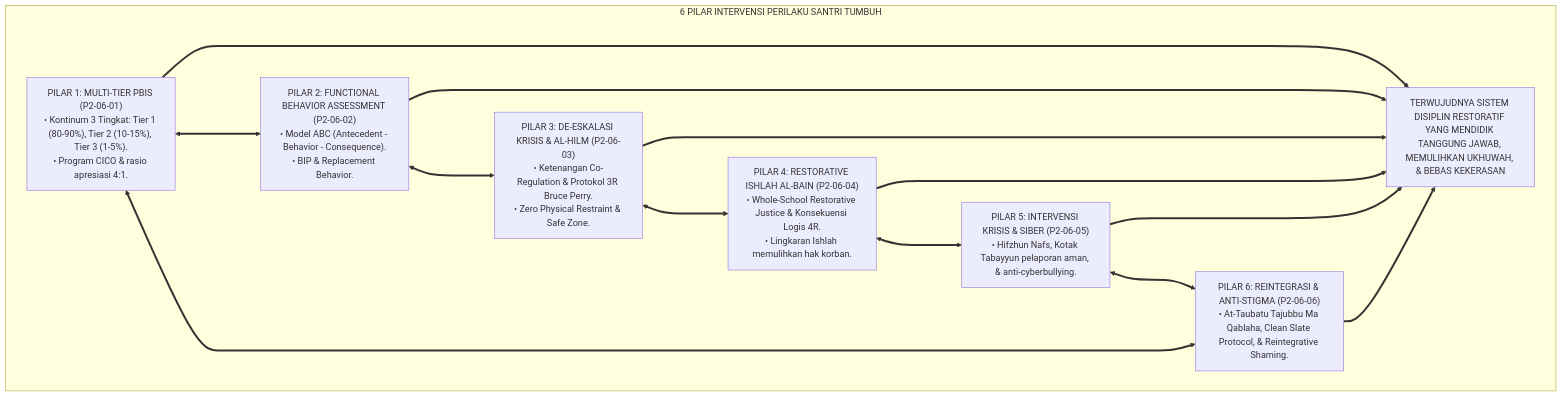
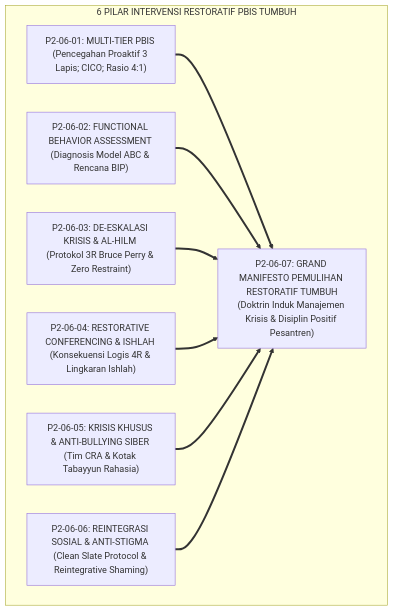
One commit to wandiapriliyandi/tumbuh changed the first of 3 diagrams in 02 Principles/06 Intervention Principles/P2-06-07-Sintesis-Intervention-Principles-TUMBUH.md. Above: the diagram before and after it, drawn with Mermaid. The commit also changed other lines of this file and 7 other files, not shown here.

Commit message:
docs(principles): reconstruct all 06 Intervention Principles monographs to pure academic standard

````diff
--- a/02 Principles/06 Intervention Principles/P2-06-07-Sintesis-Intervention-Principles-TUMBUH.md
+++ b/02 Principles/06 Intervention Principles/P2-06-07-Sintesis-Intervention-Principles-TUMBUH.md
@@ -57,27 +56,15 @@
 ```mermaid
 flowchart TD
-    subgraph ArsitekturSintesisInterventionPrinciples["6 PILAR INTERVENSI PERILAKU SANTRI TUMBUH"]
-        P1["PILAR 1: MULTI-TIER PBIS (P2-06-01)<br/>• Kontinum 3 Tingkat: Tier 1 (80-90%), Tier 2 (10-15%), Tier 3 (1-5%).<br/>• Program CICO & rasio apresiasi 4:1."]
+    subgraph ArsitekturSintesisInterventionPrinciples["6 PILAR INTERVENSI RESTORATIF PBIS TUMBUH"]
+        P1["P2-06-01: MULTI-TIER PBIS (Pencegahan Proaktif 3 Lapis; CICO; Rasio 4:1)"]
+        P2["P2-06-02: FUNCTIONAL BEHAVIOR ASSESSMENT (Diagnosis Model ABC & Rencana BIP)"]
+        P3["P2-06-03: DE-ESKALASI KRISIS & AL-HILM (Protokol 3R Bruce Perry & Zero Restraint)"]
+        P4["P2-06-04: RESTORATIVE CONFERENCING & ISHLAH (Konsekuensi Logis 4R & Lingkaran Ishlah)"]
+        P5["P2-06-05: KRISIS KHUSUS & ANTI-BULLYING SIBER (Tim CRA & Kotak Tabayyun Rahasia)"]
+        P6["P2-06-06: REINTEGRASI SOSIAL & ANTI-STIGMA (Clean Slate Protocol & Reintegrative Shaming)"]
         
-        P2["PILAR 2: FUNCTIONAL BEHAVIOR ASSESSMENT (P2-06-02)<br/>• Model ABC (Antecedent - Behavior - Consequence).<br/>• BIP & Replacement Behavior."]
+        ManifestoInduk["P2-06-07: GRAND MANIFESTO PEMULIHAN RESTORATIF TUMBUH<br/>(Doktrin Induk Manajemen Krisis & Disiplin Positif Pesantren)"]
         
-        P3["PILAR 3: DE-ESKALASI KRISIS & AL-HILM (P2-06-03)<br/>• Ketenangan Co-Regulation & Protokol 3R Bruce Perry.<br/>• Zero Physical Restraint & Safe Zone."]
-        
-        P4["PILAR 4: RESTORATIVE ISHLAH AL-BAIN (P2-06-04)<br/>• Whole-School Restorative Justice & Konsekuensi Logis 4R.<br/>• Lingkaran Ishlah memulihkan hak korban."]
-        
-        P5["PILAR 5: INTERVENSI KRISIS & SIBER (P2-06-05)<br/>• Hifzhun Nafs, Kotak Tabayyun pelaporan aman, & anti-cyberbullying."]
-        
-        P6["PILAR 6: REINTEGRASI & ANTI-STIGMA (P2-06-06)<br/>• At-Taubatu Tajubbu Ma Qablaha, Clean Slate Protocol, & Reintegrative Shaming."]
-        
-        P1 <===> P2
-        P2 <===> P3
-        P3 <===> P4
-        P4 <===> P5
-        P5 <===> P6
-        P6 <===> P1
-        
-        Pusat["TERWUJUDNYA SISTEM DISIPLIN RESTORATIF YANG MENDIDIK TANGGUNG JAWAB, MEMULIHKAN UKHUWAH, & BEBAS KEKERASAN"]
-        
-        P1 & P2 & P3 & P4 & P5 & P6 ==> Pusat
+        P1 & P2 & P3 & P4 & P5 & P6 ==> ManifestoInduk
     end
 ```
````
